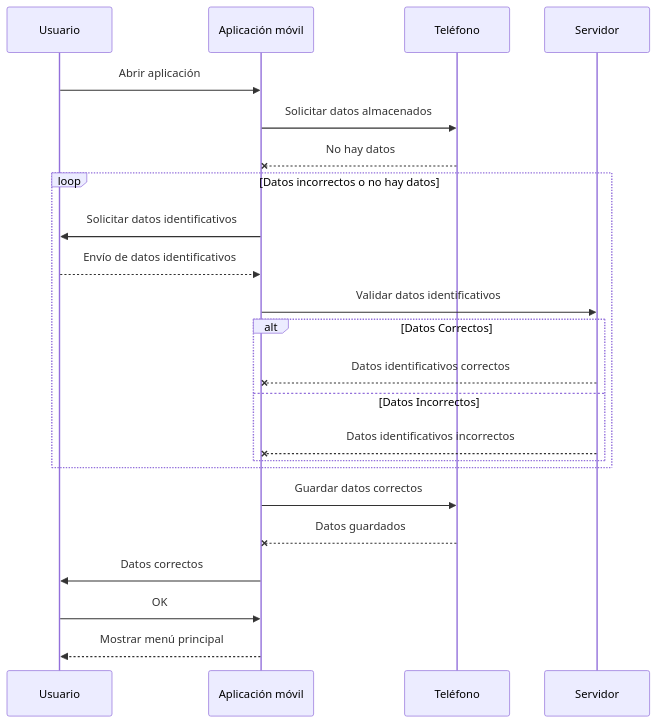
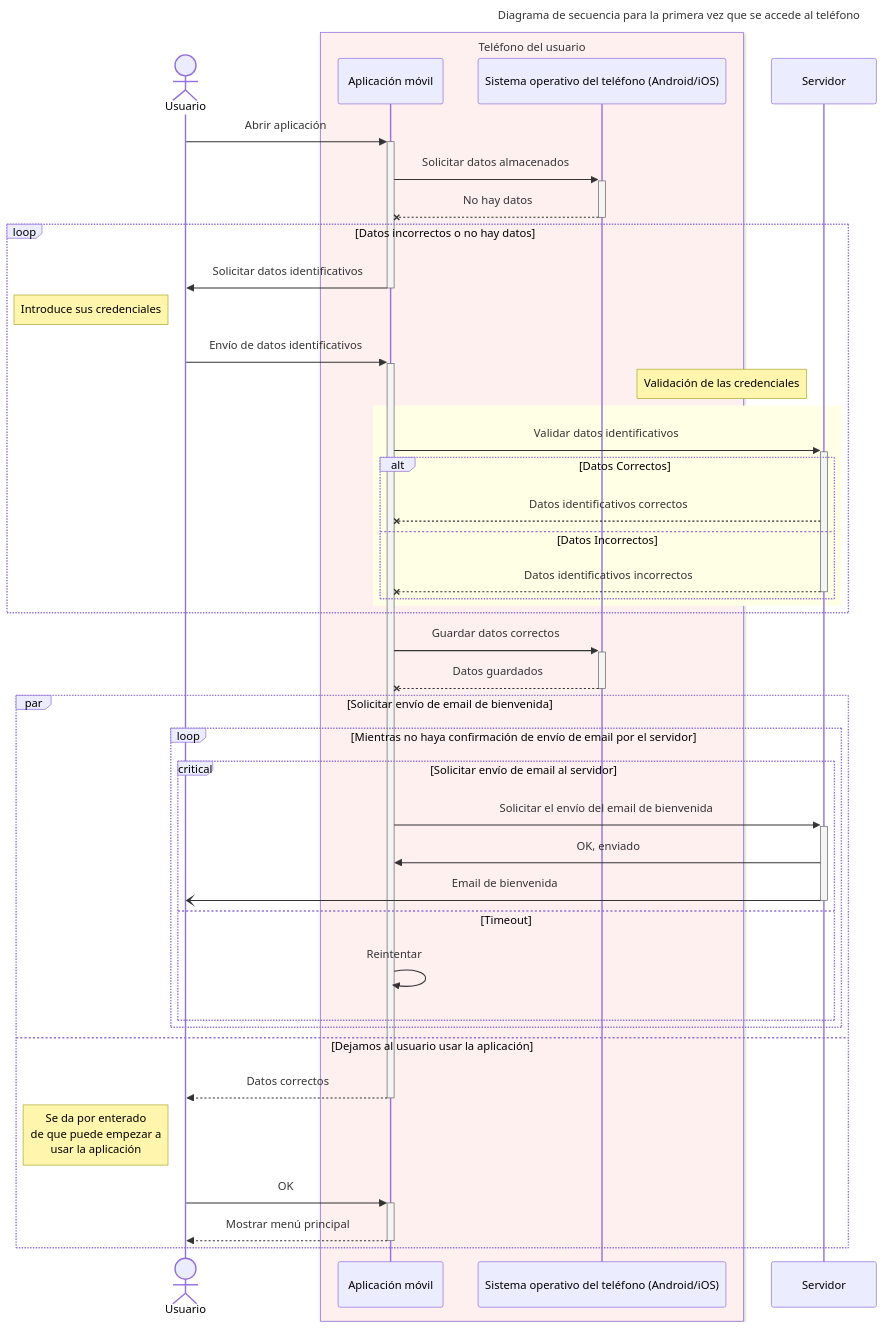
One commit to IvanciniGT/cursoUML changed the first of 2 diagrams in ejemplos/diagrama_secuencia.md. Above: the diagram before and after it, drawn with Mermaid. The commit also changed other lines of this file, not shown here.

````diff
--- a/ejemplos/diagrama_secuencia.md
+++ b/ejemplos/diagrama_secuencia.md
@@ -55,29 +55,52 @@
 ```mermaid
-
+---
+title: Diagrama de secuencia para la primera vez que se accede al teléfono
+---
 sequenceDiagram
-    participant Usuario
-    participant Aplicación móvil
-    participant Teléfono
+    actor Usuario
+    box rgb(255,240,240) Teléfono del usuario
+        participant Aplicación móvil
+        participant SO as Sistema operativo del teléfono (Android/iOS)
+    end
     participant Servidor
 
-    Usuario->>Aplicación móvil: Abrir aplicación
-    Aplicación móvil->>Teléfono: Solicitar datos almacenados
-    Teléfono--xAplicación móvil: No hay datos
+    Usuario->>+Aplicación móvil: Abrir aplicación
+    Aplicación móvil->>+SO: Solicitar datos almacenados
+    SO--x-Aplicación móvil: No hay datos
     loop Datos incorrectos o no hay datos
-        Aplicación móvil->>Usuario: Solicitar datos identificativos
-        Usuario-->>Aplicación móvil: Envío de datos identificativos
-        Aplicación móvil->>Servidor: Validar datos identificativos
+        Aplicación móvil->>-Usuario: Solicitar datos identificativos
+        note left of Usuario: Introduce sus credenciales
+        Usuario->>+Aplicación móvil: Envío de datos identificativos
+
+    note left of Servidor: Validación de las credenciales
+    rect rgb(255,255,230)
+        Aplicación móvil->>+Servidor: Validar datos identificativos
         alt Datos Correctos
             Servidor--XAplicación móvil: Datos identificativos correctos
         else Datos Incorrectos
-            Servidor--XAplicación móvil: Datos identificativos incorrectos
+            Servidor--X-Aplicación móvil: Datos identificativos incorrectos
         end
     end
-    Aplicación móvil->>Teléfono: Guardar datos correctos
-    Teléfono--xAplicación móvil: Datos guardados
-    Aplicación móvil->>Usuario: Datos correctos
-    Usuario->>Aplicación móvil: OK
-    Aplicación móvil-->>Usuario: Mostrar menú principal
-    
+
+
+    end
+    Aplicación móvil->>+SO: Guardar datos correctos
+    SO--x-Aplicación móvil: Datos guardados
+    par Solicitar envío de email de bienvenida
+        loop Mientras no haya confirmación de envío de email por el servidor
+            critical Solicitar envío de email al servidor 
+                Aplicación móvil->>+Servidor: Solicitar el envío del email de bienvenida
+                Servidor->>Aplicación móvil: OK, enviado
+                Servidor-)-Usuario: Email de bienvenida
+            option Timeout
+                Aplicación móvil->>Aplicación móvil: Reintentar
+            end
+        end
+    and Dejamos al usuario usar la aplicación
+        Aplicación móvil-->>-Usuario: Datos correctos
+        note left of Usuario: Se da por enterado<br/>de que puede empezar a<br/> usar la aplicación
+        Usuario->>+Aplicación móvil: OK
+        Aplicación móvil-->>-Usuario: Mostrar menú principal
+    end
 
 ```
````
